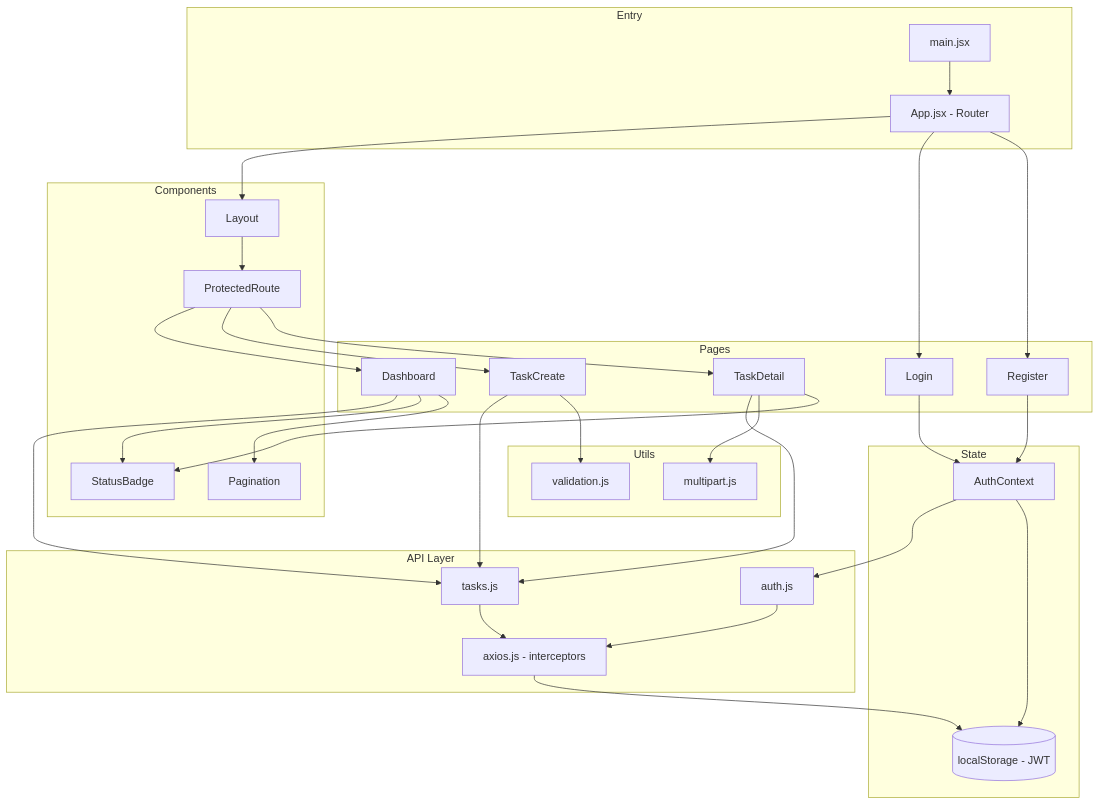
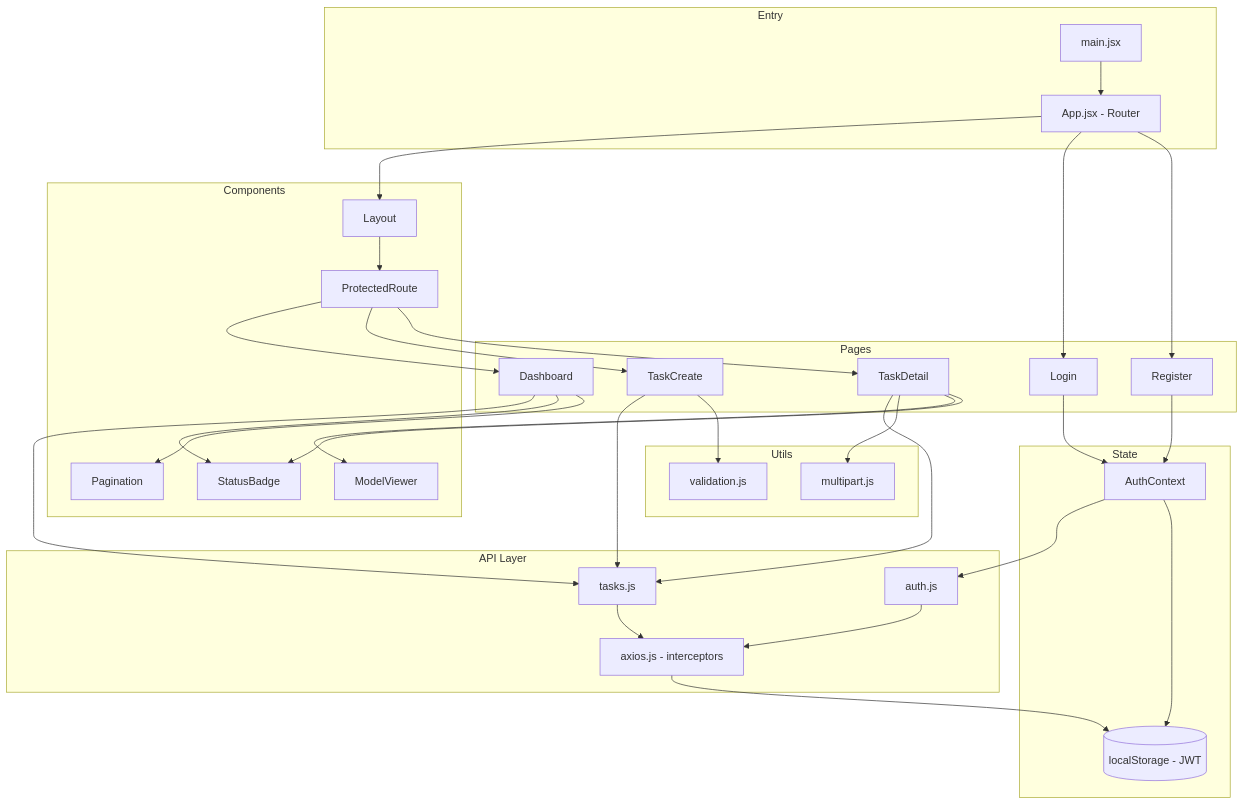
Before and after one commit to tssvett/model-forge: the second of 12 diagrams in frontend/README.md, drawn with Mermaid. The commit also changed other lines of this file and 4 other files, not shown here.

````diff
--- a/frontend/README.md
+++ b/frontend/README.md
@@ -54,65 +54,67 @@
 ```mermaid
 graph TD
     subgraph Entry
         Main[main.jsx]
         App[App.jsx - Router]
     end
 
     subgraph Pages
         Login[Login]
         Register[Register]
         Dashboard[Dashboard]
         TaskCreate[TaskCreate]
         TaskDetail[TaskDetail]
     end
 
     subgraph Components
         Layout[Layout]
         ProtectedRoute[ProtectedRoute]
         StatusBadge[StatusBadge]
         Pagination[Pagination]
+        ModelViewer3D[ModelViewer]
     end
 
     subgraph State
         AuthCtx[AuthContext]
         LS[(localStorage - JWT)]
     end
 
     subgraph API Layer
         Axios[axios.js - interceptors]
         AuthAPI[auth.js]
         TasksAPI[tasks.js]
     end
 
     subgraph Utils
         Validation[validation.js]
         Multipart[multipart.js]
     end
 
     Main --> App
     App --> Layout
     Layout --> ProtectedRoute
     ProtectedRoute --> Dashboard
     ProtectedRoute --> TaskCreate
     ProtectedRoute --> TaskDetail
     App --> Login
     App --> Register
 
     Login --> AuthCtx
     Register --> AuthCtx
     AuthCtx --> AuthAPI
     AuthCtx --> LS
 
     Dashboard --> TasksAPI
     Dashboard --> StatusBadge
     Dashboard --> Pagination
     TaskCreate --> TasksAPI
     TaskCreate --> Validation
     TaskDetail --> TasksAPI
     TaskDetail --> Multipart
+    TaskDetail --> ModelViewer3D
     TaskDetail --> StatusBadge
 
     AuthAPI --> Axios
     TasksAPI --> Axios
     Axios --> LS
 ```
````
